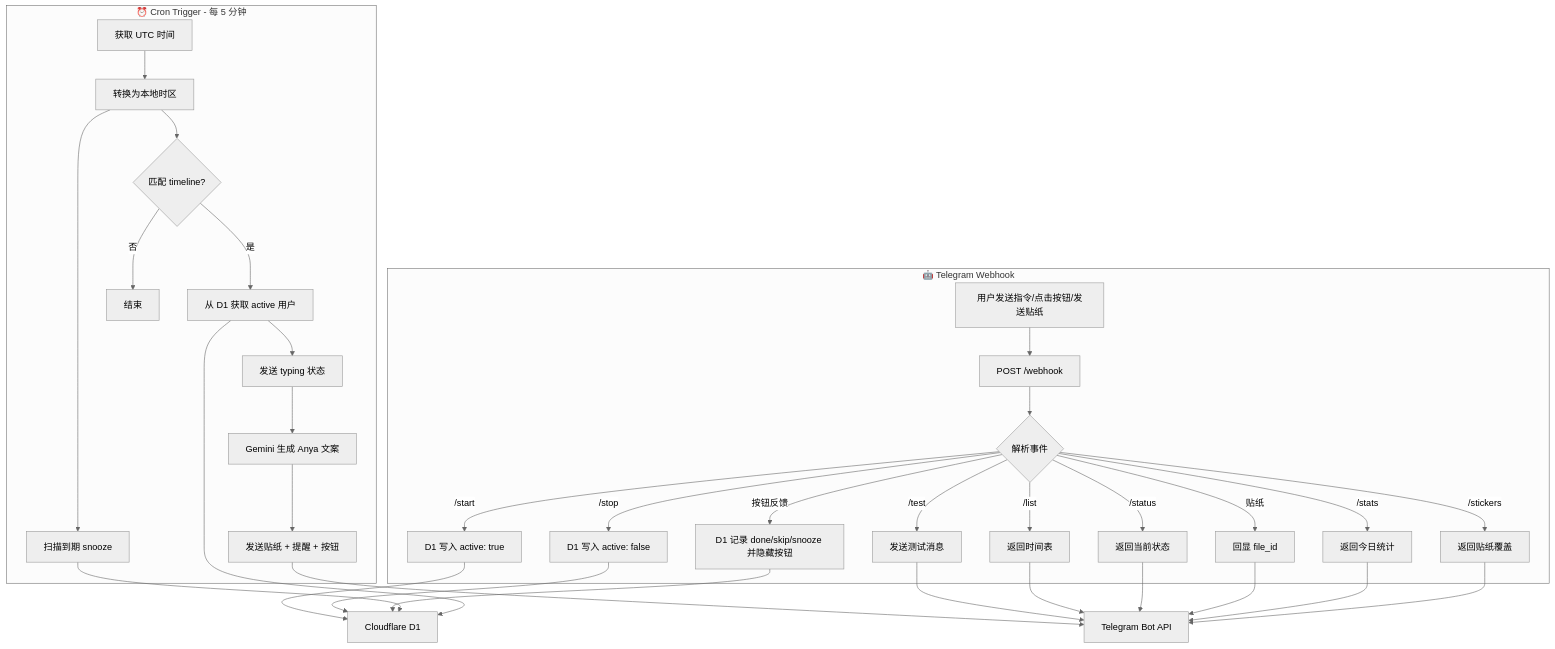
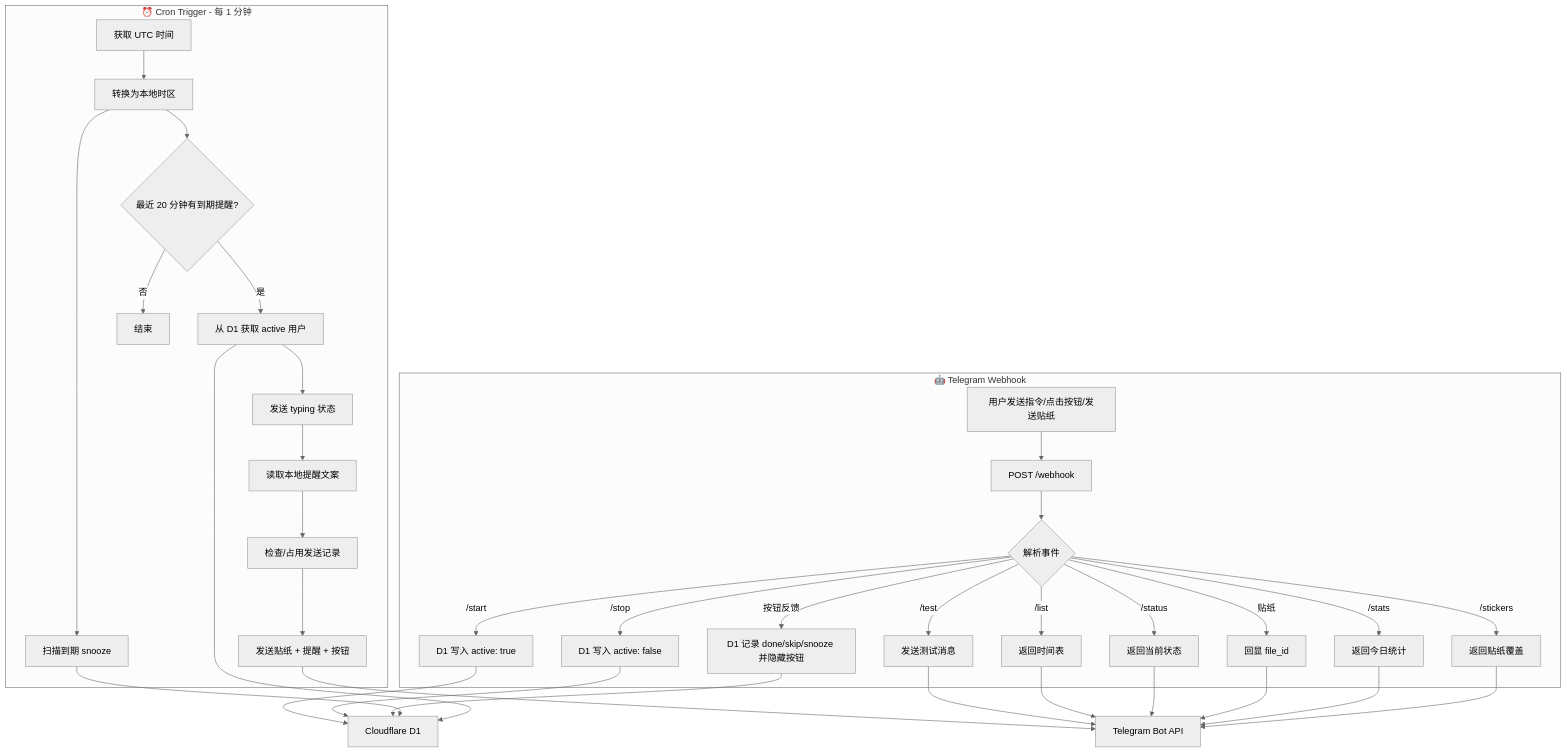
Before and after one commit to aouos/reminder-bot: the diagram in README.md, drawn with Mermaid (neutral theme). The commit also changed other lines of this file and 9 other files, not shown here.

````diff
--- a/README.md
+++ b/README.md
@@ -204,32 +167,33 @@
 ```mermaid
 flowchart TB
-    subgraph cron["⏰ Cron Trigger - 每 5 分钟"]
+    subgraph cron["⏰ Cron Trigger - 每 1 分钟"]
         C1[获取 UTC 时间] --> C2[转换为本地时区]
         C2 --> C0[扫描到期 snooze]
-        C2 --> C3{匹配 timeline?}
+        C2 --> C3{最近 20 分钟有到期提醒?}
         C3 -->|是| C4[从 D1 获取 active 用户]
         C4 --> C5[发送 typing 状态]
-        C5 --> C6[Gemini 生成 Anya 文案]
-        C6 --> C7[发送贴纸 + 提醒 + 按钮]
+        C5 --> C6[读取本地提醒文案]
+        C6 --> C9[检查/占用发送记录]
+        C9 --> C7[发送贴纸 + 提醒 + 按钮]
         C3 -->|否| C8[结束]
     end
 
     subgraph webhook["🤖 Telegram Webhook"]
         W1[用户发送指令/点击按钮/发送贴纸] --> W2[POST /webhook]
         W2 --> W3{解析事件}
         W3 -->|/start| W4[D1 写入 active: true]
         W3 -->|/stop| W5[D1 写入 active: false]
         W3 -->|/test| W6[发送测试消息]
         W3 -->|/list| W7[返回时间表]
         W3 -->|/status| W8[返回当前状态]
         W3 -->|/stats| W11[返回今日统计]
         W3 -->|/stickers| W12[返回贴纸覆盖]
         W3 -->|按钮反馈| W9[D1 记录 done/skip/snooze 并隐藏按钮]
         W3 -->|贴纸| W10[回显 file_id]
     end
 
     C7 --> TG[Telegram Bot API]
     W4 & W5 & W9 --> D1[Cloudflare D1]
     W6 & W7 & W8 & W10 & W11 & W12 --> TG
     C0 & C4 --> D1
 ```
````
